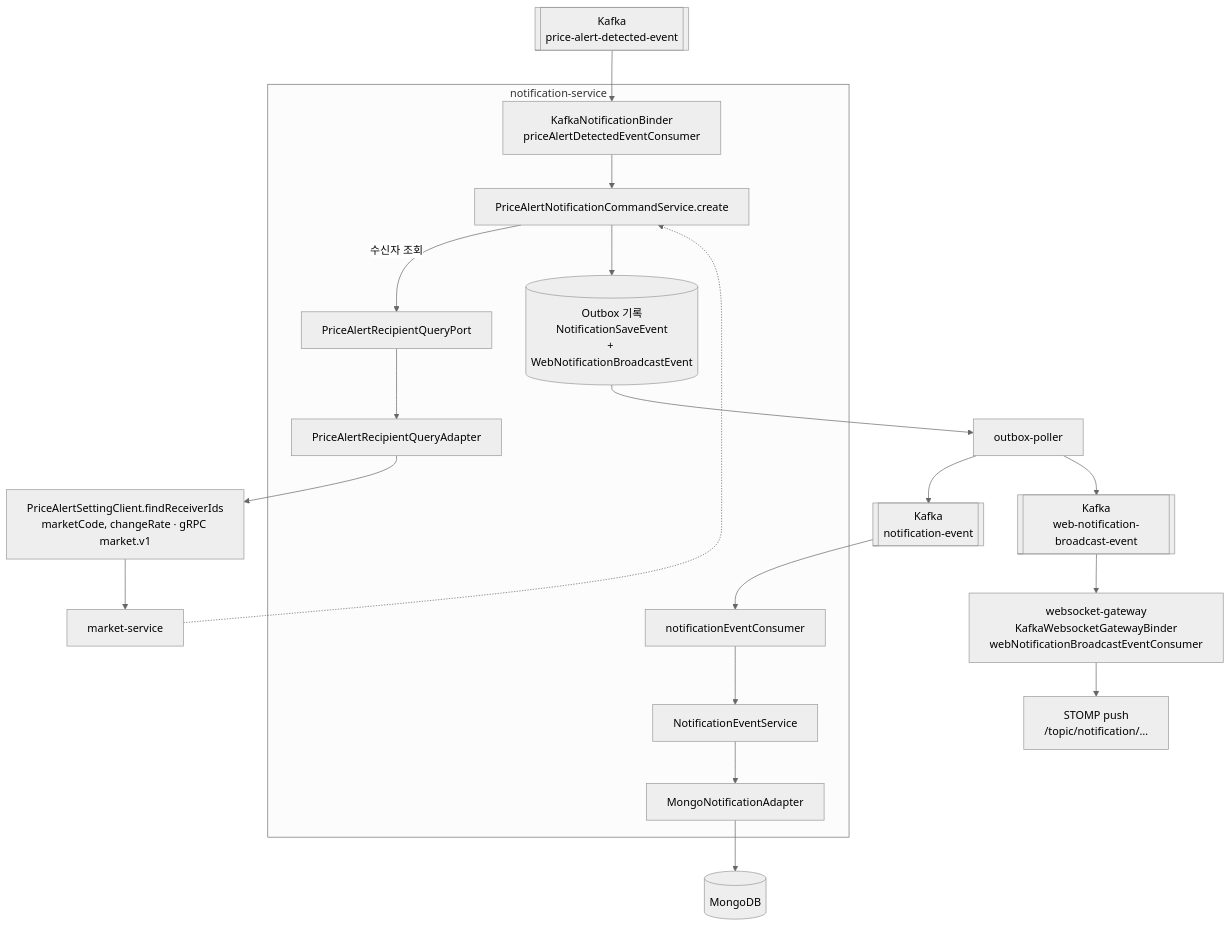
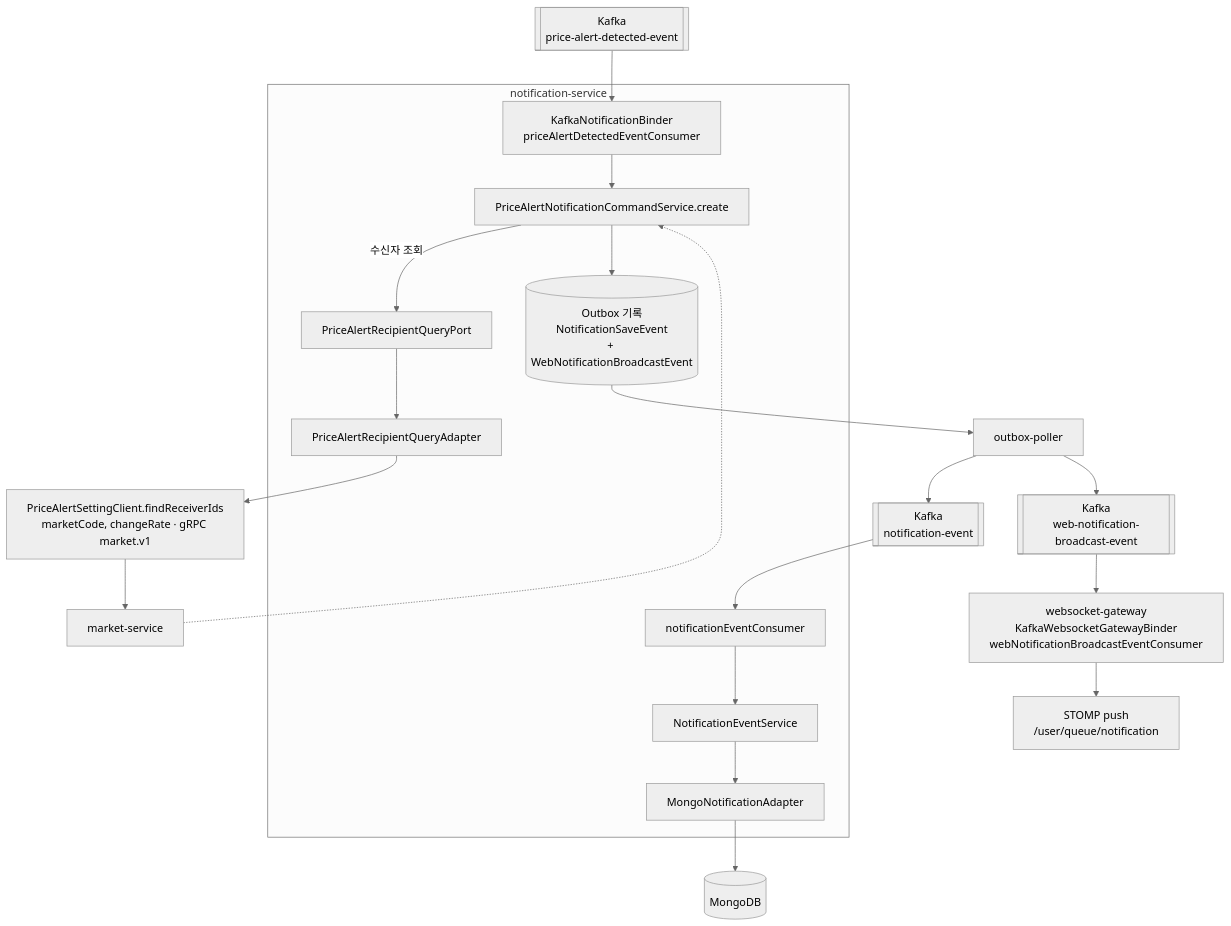
Diagram 17 of 17 in docs/SERVICE_FLOWS.md (noah0504789/crypto-project-backend), drawn with Mermaid (neutral theme) before and after one commit. The commit also changed other lines of this file and 23 other files, not shown here.

````diff
--- a/docs/SERVICE_FLOWS.md
+++ b/docs/SERVICE_FLOWS.md
@@ -557,31 +557,31 @@
 ```mermaid
 graph TB
   KIN[["Kafka<br/>price-alert-detected-event"]]
 
   subgraph NOTI["notification-service"]
     CONS["KafkaNotificationBinder<br/>priceAlertDetectedEventConsumer"]
     CMD["PriceAlertNotificationCommandService.create"]
     PORT["PriceAlertRecipientQueryPort"]
     RADP["PriceAlertRecipientQueryAdapter"]
     OB[("Outbox 기록<br/>NotificationSaveEvent<br/>+ WebNotificationBroadcastEvent")]
     NCONS["notificationEventConsumer"]
     NSVC["NotificationEventService"]
     MADP["MongoNotificationAdapter"]
   end
 
   MKT["PriceAlertSettingClient.findReceiverIds<br/>marketCode, changeRate · gRPC market.v1"]
   MARKET["market-service"]
   MONGO[("MongoDB")]
   POLL["outbox-poller"]
   KSAVE[["Kafka<br/>notification-event"]]
   KWEB[["Kafka<br/>web-notification-broadcast-event"]]
   WGC["websocket-gateway<br/>KafkaWebsocketGatewayBinder<br/>webNotificationBroadcastEventConsumer"]
-  PUSH["STOMP push<br/>/topic/notification/…"]
+  PUSH["STOMP push<br/>/user/queue/notification"]
 
   KIN --> CONS --> CMD
   CMD -->|"수신자 조회"| PORT --> RADP --> MKT --> MARKET
   MARKET -.-> CMD
   CMD --> OB --> POLL
   POLL --> KSAVE --> NCONS --> NSVC --> MADP --> MONGO
   POLL --> KWEB --> WGC --> PUSH
 ```
````
